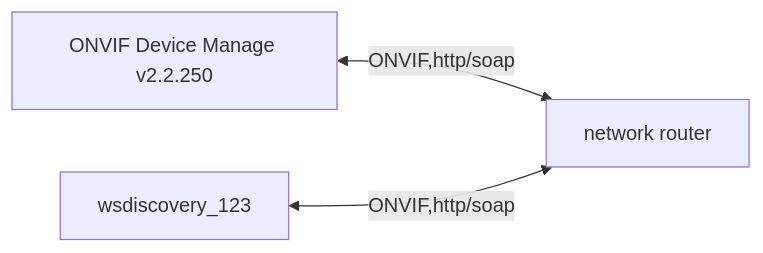
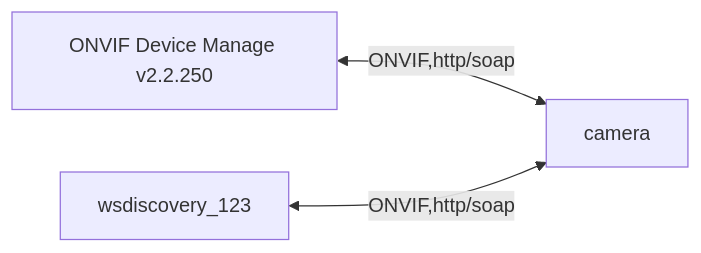
Before and after one commit to lankahsu520/HelperX: the second of 2 diagrams in helper_ONVIF.md, drawn with Mermaid. The commit also changed other lines of this file, not shown here.

````diff
--- a/helper_ONVIF.md
+++ b/helper_ONVIF.md
@@ -65,9 +65,9 @@
 ```mermaid
 flowchart LR
-	router[network router]
+	camera[camera]
 	win10[ONVIF Device Manage v2.2.250]
 	ubuntu[wsdiscovery_123]
 	
-	win10 <--> |ONVIF,http/soap| router
-	ubuntu <--> |ONVIF,http/soap| router
+	win10 <--> |ONVIF,http/soap| camera
+	ubuntu <--> |ONVIF,http/soap| camera
 ```
````
